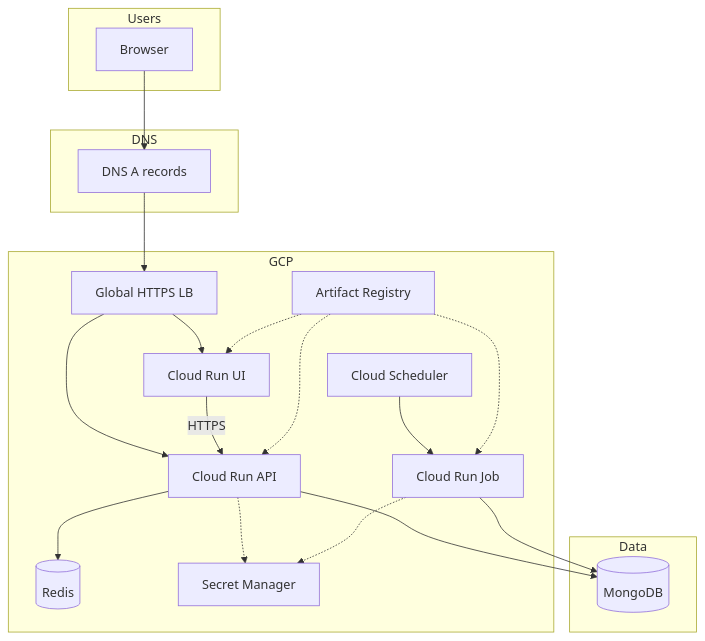
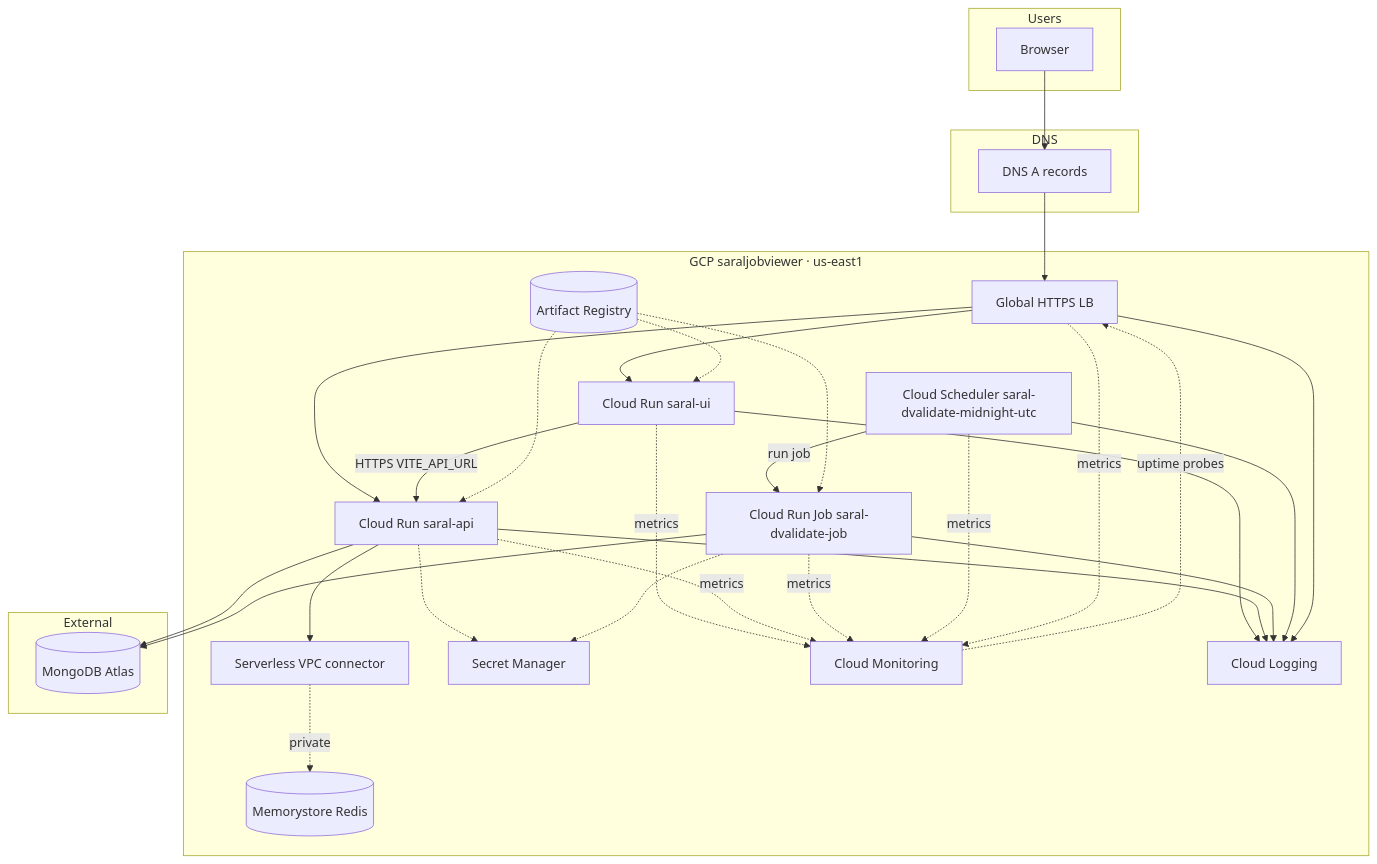
One commit to UttU28/Saral-Job-Viewer changed the diagram in docs/CICD-FULL-STACK.md. Above: the diagram before and after it, drawn with Mermaid. The commit also changed other lines of this file and 10 other files, not shown here.

````diff
--- a/docs/CICD-FULL-STACK.md
+++ b/docs/CICD-FULL-STACK.md
@@ -128,36 +130,51 @@
 ```mermaid
 flowchart TB
   subgraph Users
     U[Browser]
   end
   subgraph DNS
     D[DNS A records]
   end
-  subgraph GCP["GCP"]
+  subgraph GCP["GCP saraljobviewer · us-east1"]
     LB[Global HTTPS LB]
-    FE[Cloud Run UI]
-    API[Cloud Run API]
-    JOB[Cloud Run Job]
-    R[(Redis)]
+    FE[Cloud Run saral-ui]
+    API[Cloud Run saral-api]
+    JOB[Cloud Run Job saral-dvalidate-job]
+    SCH[Cloud Scheduler saral-dvalidate-midnight-utc]
+    VPC[Serverless VPC connector]
+    R[(Memorystore Redis)]
     SM[Secret Manager]
-    AR[Artifact Registry]
-    SCH[Cloud Scheduler]
+    AR[(Artifact Registry)]
+    CM[Cloud Monitoring]
+    LOG[Cloud Logging]
   end
-  subgraph Data
-    M[(MongoDB)]
+  subgraph External
+    M[(MongoDB Atlas)]
   end
   U --> D
   D --> LB
   LB --> FE
   LB --> API
-  FE -->|HTTPS| API
-  API --> R
+  FE -->|HTTPS VITE_API_URL| API
+  API --> VPC
+  VPC -.->|private| R
   API --> M
-  SCH --> JOB
+  SCH -->|run job| JOB
   JOB --> M
+  CM -.->|uptime probes| LB
+  FE --> LOG
+  API --> LOG
+  JOB --> LOG
+  SCH --> LOG
+  LB --> LOG
+  FE -.->|metrics| CM
+  API -.->|metrics| CM
+  JOB -.->|metrics| CM
+  SCH -.->|metrics| CM
+  LB -.->|metrics| CM
   API -.-> SM
   JOB -.-> SM
   AR -.-> FE
   AR -.-> API
   AR -.-> JOB
 ```
````
